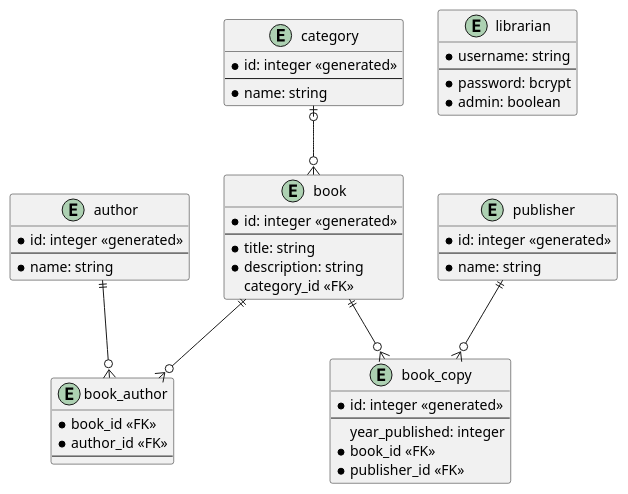
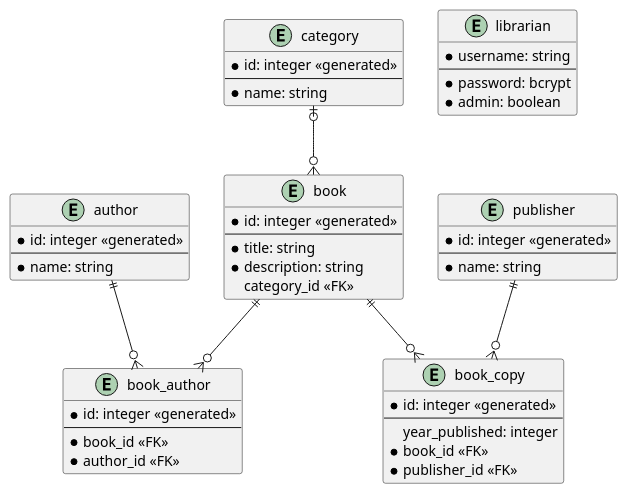
The diagram in schema.plantuml (esdmr/bibliothecarius), drawn with PlantUML before and after one commit.

Commit message:
Update schema model for book_author

```diff
--- a/schema.plantuml
+++ b/schema.plantuml
@@ -1,58 +1,59 @@
 @startuml schema
 
 entity category {
     * id: integer <<generated>>
     --
     * name: string
 }
 
 entity book {
     * id: integer <<generated>>
     --
     * title: string
     * description: string
     category_id <<FK>>
 }
 
 category |o--o{ book
 
 entity author {
     * id: integer <<generated>>
     --
     * name: string
 }
 
 entity book_author {
+    * id: integer <<generated>>
+    --
     * book_id <<FK>>
     * author_id <<FK>>
-    --
 }
 
 book ||--o{ book_author
 author ||--o{ book_author
 
 entity publisher {
     * id: integer <<generated>>
     --
     * name: string
 }
 
 entity book_copy {
     * id: integer <<generated>>
     --
     year_published: integer
     * book_id <<FK>>
     * publisher_id <<FK>>
 }
 
 book ||--o{ book_copy
 publisher ||--o{ book_copy
 
 entity librarian {
     * username: string
     --
     * password: bcrypt
     * admin: boolean
 }
 
 @enduml
```
